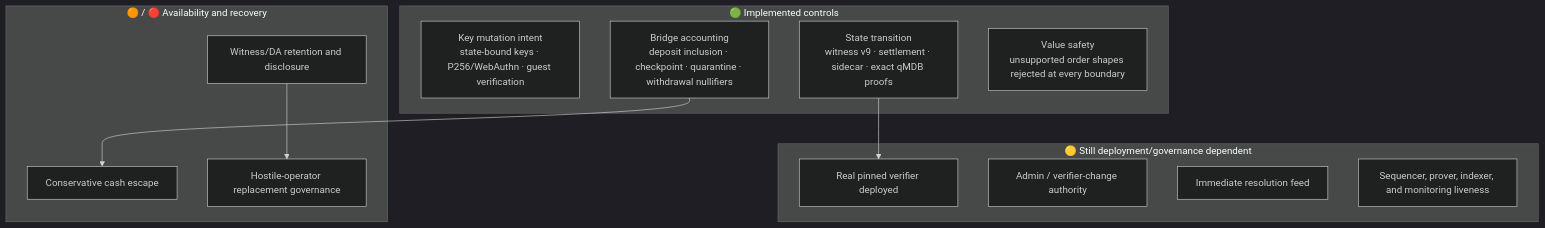
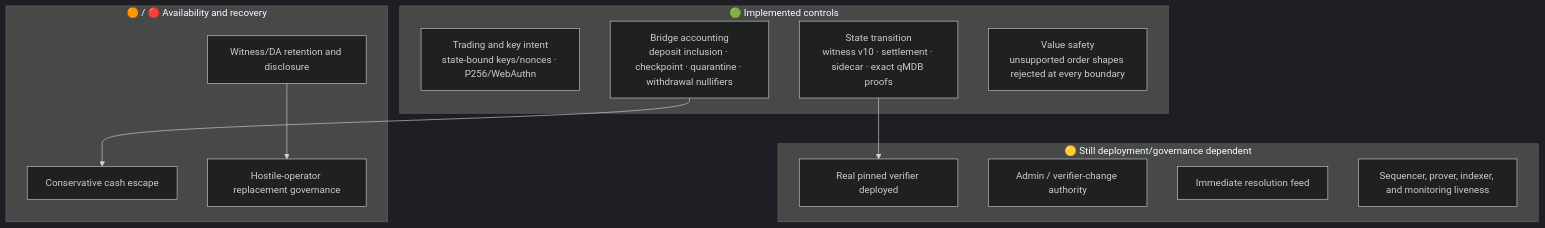
The diagram in docs/architecture/04-verification/Threat Model.md (MetaB0y/sybil), drawn with Mermaid (dark theme) before and after one commit. The commit also changed other lines of this file and 56 other files, not shown here.

````diff
--- a/docs/architecture/04-verification/Threat Model.md
+++ b/docs/architecture/04-verification/Threat Model.md
@@ -17,23 +23,23 @@
 ```mermaid
 flowchart TB
     subgraph crypto["🟢 Implemented controls"]
-        INTENT["Key mutation intent<br/>state-bound keys · P256/WebAuthn · guest verification"]
-        TRANS["State transition<br/>witness v9 · settlement · sidecar · exact qMDB proofs"]
+        INTENT["Trading and key intent<br/>state-bound keys/nonces · P256/WebAuthn"]
+        TRANS["State transition<br/>witness v10 · settlement · sidecar · exact qMDB proofs"]
         BRIDGE["Bridge accounting<br/>deposit inclusion · checkpoint · quarantine · withdrawal nullifiers"]
         SHAPES["Value safety<br/>unsupported order shapes rejected at every boundary"]
     end
     subgraph trusted["🟡 Still deployment/governance dependent"]
         ADAPTER["Real pinned verifier deployed"]
         ADMIN["Admin / verifier-change authority"]
         ORACLE["Immediate resolution feed"]
         LIVE["Sequencer, prover, indexer, and monitoring liveness"]
     end
     subgraph recovery["🟠 / 🔴 Availability and recovery"]
         DA["Witness/DA retention and disclosure"]
         ESC["Conservative cash escape"]
         REPLACE["Hostile-operator replacement governance"]
     end
     TRANS --> ADAPTER
     DA --> REPLACE
     BRIDGE --> ESC
 ```
````
